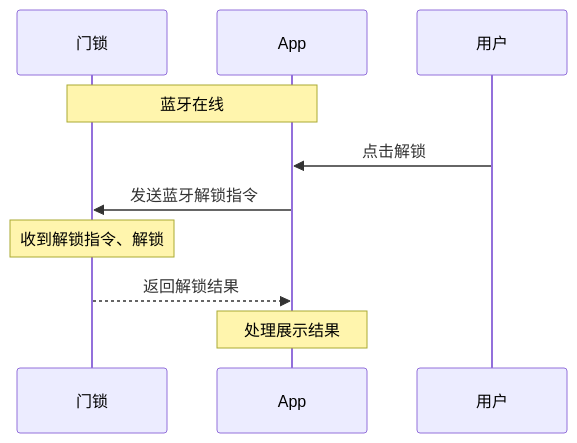
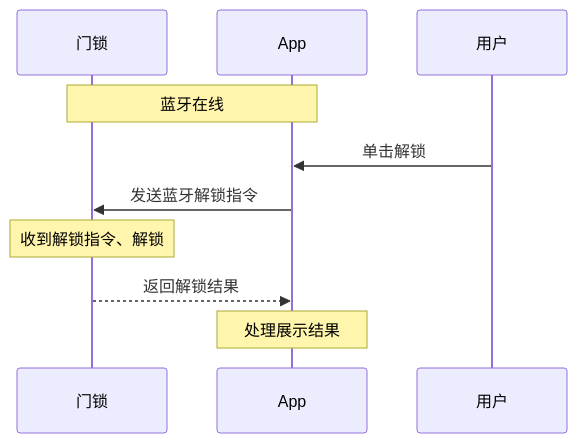
Before and after one commit to tuya/tuya-lock-android-demo: the third of 11 diagrams in lock/README_zh.md, drawn with Mermaid. The commit also changed other lines of this file and 1 other file, not shown here.

````diff
--- a/lock/README_zh.md
+++ b/lock/README_zh.md
@@ -439,12 +458,12 @@
 ```mermaid
 sequenceDiagram
 participant D as 门锁
 participant A as App
 participant U as 用户
 Note over D,A: 蓝牙在线
-U->>A: 点击解锁
+U->>A: 单击解锁
 A->>D: 发送蓝牙解锁指令
 Note over D: 收到解锁指令、解锁
 D-->>A: 返回解锁结果
 Note over A: 处理展示结果
 ```
````
